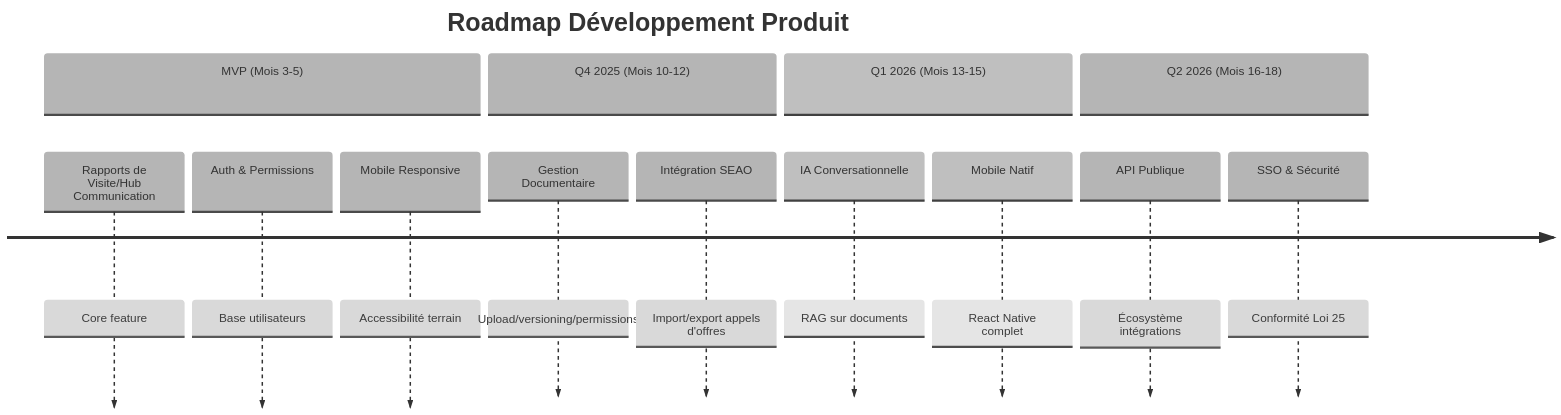
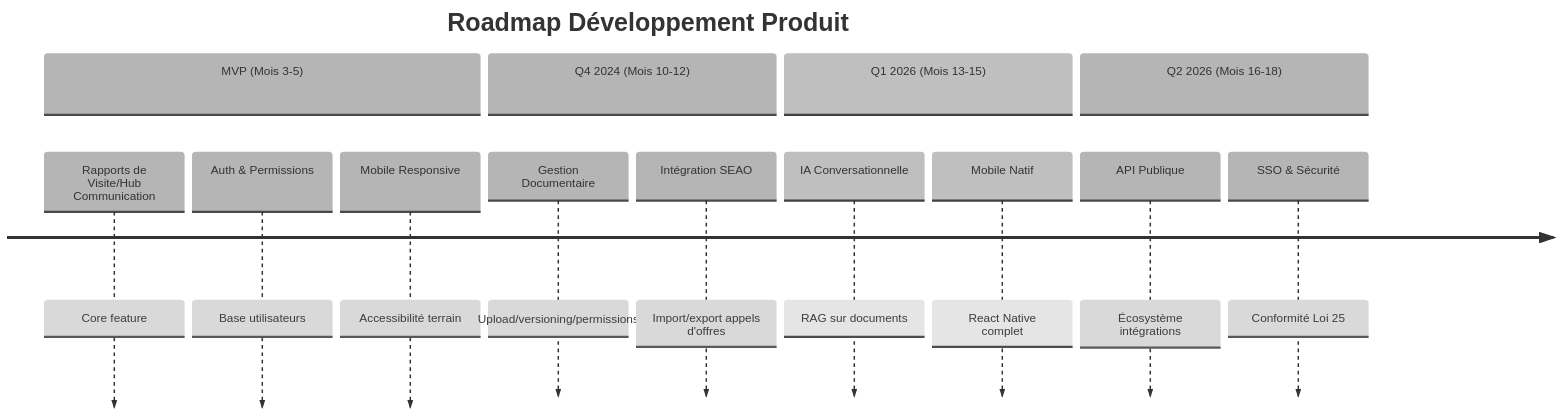
One commit to MacroMan5/project_a3e_beta changed the fifth of 9 diagrams in project/8_implementation_roadmap/ROADMAP_STRATEGIQUE_BOOTSTRAP.md. Above: the diagram before and after it, drawn with Mermaid. The commit also changed other lines of this file and 16 other files, not shown here.

````diff
--- a/project/8_implementation_roadmap/ROADMAP_STRATEGIQUE_BOOTSTRAP.md
+++ b/project/8_implementation_roadmap/ROADMAP_STRATEGIQUE_BOOTSTRAP.md
@@ -494,18 +494,18 @@
 ```mermaid
 %%{init: {'theme': 'base', 'themeVariables': { 'primaryColor': '#f5f5f5', 'lineColor': '#999', 'fontFamily': 'Roboto, sans-serif'}}}%%
 timeline
     title Roadmap Développement Produit
     section MVP (Mois 3-5)
         Rapports de Visite/Hub Communication : Core feature
         Auth & Permissions : Base utilisateurs
         Mobile Responsive : Accessibilité terrain
-    section Q4 2025 (Mois 10-12)
+    section Q4 2024 (Mois 10-12)
         Gestion Documentaire : Upload/versioning/permissions
         Intégration SEAO : Import/export appels d'offres
     section Q1 2026 (Mois 13-15)
         IA Conversationnelle : RAG sur documents
         Mobile Natif : React Native complet
     section Q2 2026 (Mois 16-18)
         API Publique : Écosystème intégrations
         SSO & Sécurité : Conformité Loi 25
 ```
````
